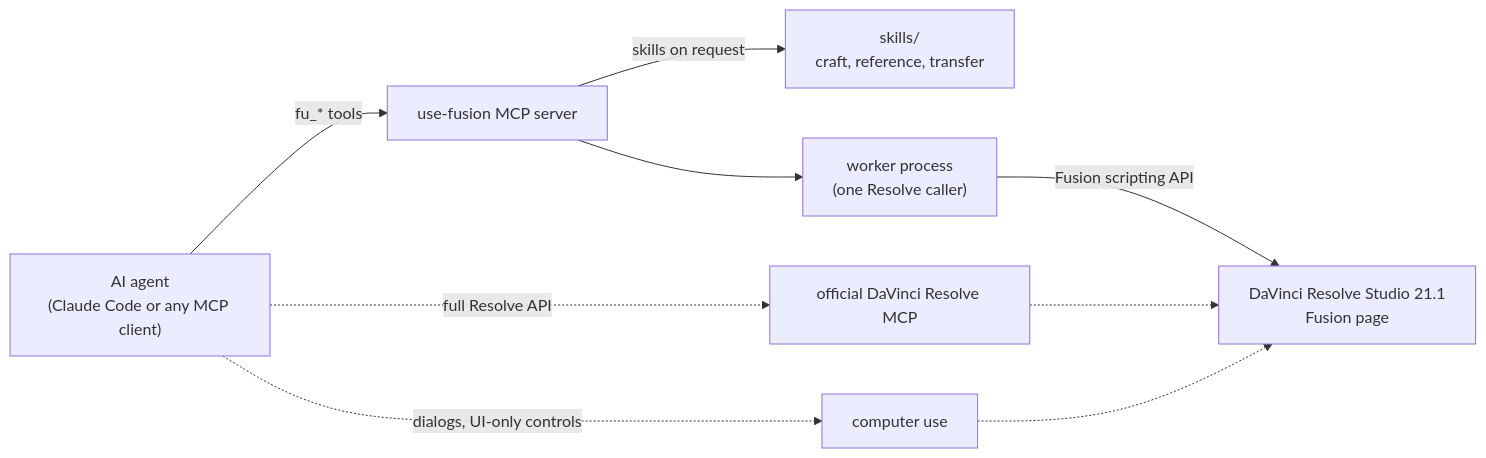
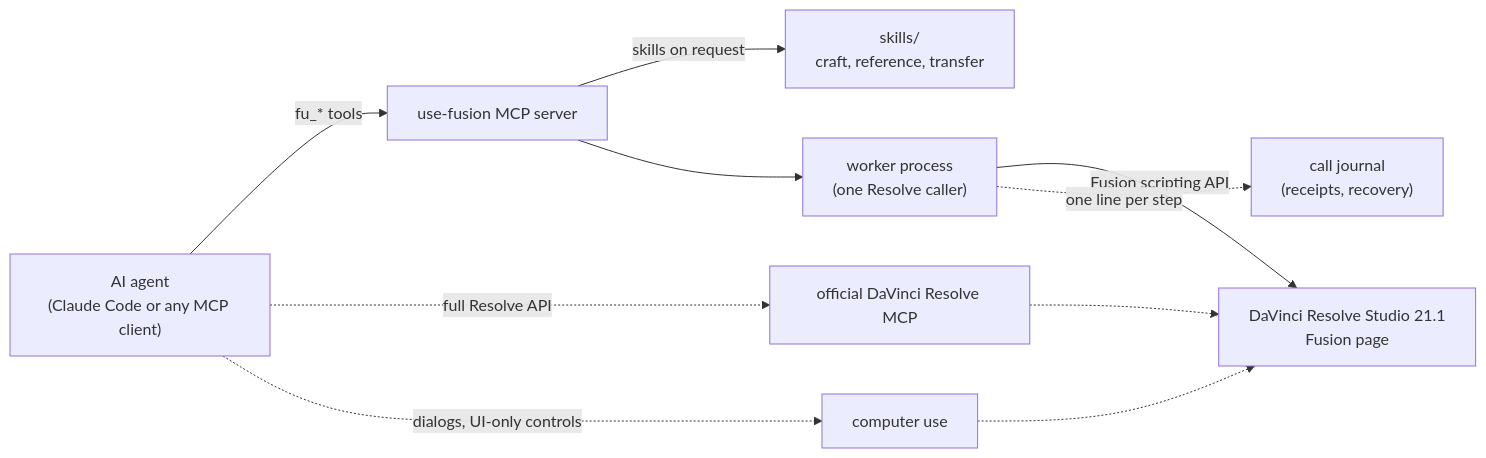
The diagram in README.md (legionsound/open-fusion-mcp), drawn with Mermaid before and after one commit. The commit also changed other lines of this file and 8 other files, not shown here.

````diff
--- a/README.md
+++ b/README.md
@@ -65,11 +65,12 @@
 ```mermaid
 flowchart LR
     A["AI agent<br/>(Claude Code or any MCP client)"] -->|"fu_* tools"| S["use-fusion MCP server"]
     S -->|"skills on request"| K["skills/<br/>craft, reference, transfer"]
     S --> W["worker process<br/>(one Resolve caller)"]
     W -->|"Fusion scripting API"| R["DaVinci Resolve Studio 21.1<br/>Fusion page"]
+    W -.->|"one line per step"| J["call journal<br/>(receipts, recovery)"]
     A -.->|"full Resolve API"| O["official DaVinci Resolve MCP"]
     A -.->|"dialogs, UI-only controls"| C["computer use"]
     O -.-> R
     C -.-> R
 ```
````
